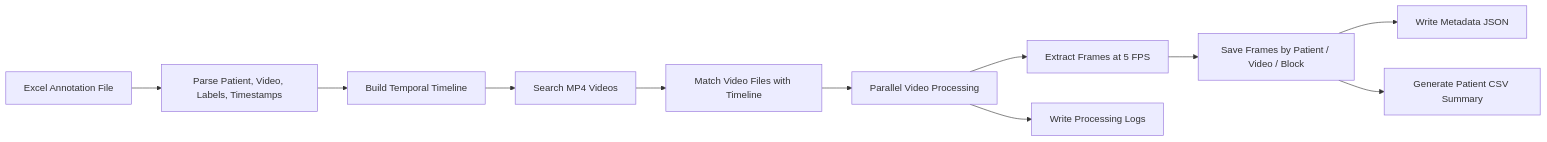
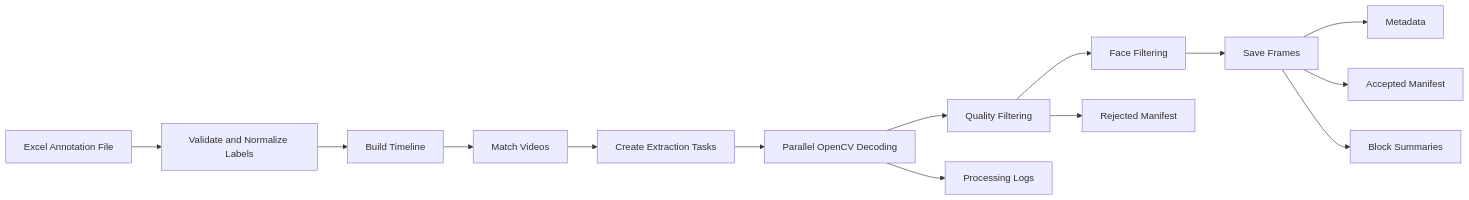
Before and after one commit to goapu/Temporal-Block-Based-Frame-Extraction-for-Endonasal-Videos: the diagram in README.md, drawn with Mermaid. The commit also changed other lines of this file, not shown here.

````diff
--- a/README.md
+++ b/README.md
@@ -198,13 +294,18 @@
 ```mermaid
 flowchart LR
-    A[Excel Annotation File] --> B[Parse Patient, Video, Labels, Timestamps]
-    B --> C[Build Temporal Timeline]
-    C --> D[Search MP4 Videos]
-    D --> E[Match Video Files with Timeline]
-    E --> F[Parallel Video Processing]
-    F --> G[Extract Frames at 5 FPS]
-    G --> H[Save Frames by Patient / Video / Block]
-    H --> I[Write Metadata JSON]
-    H --> J[Generate Patient CSV Summary]
-    F --> K[Write Processing Logs]
+    A[Excel Annotation File]
+    A --> B[Validate and Normalize Labels]
+    B --> C[Build Timeline]
+    C --> D[Match Videos]
+    D --> E[Create Extraction Tasks]
+    E --> F[Parallel OpenCV Decoding]
+    F --> G[Quality Filtering]
+    G --> H[Face Filtering]
+    H --> I[Save Frames]
+    I --> J[Metadata]
+    I --> K[Accepted Manifest]
+    G --> L[Rejected Manifest]
+    I --> M[Block Summaries]
+    F --> N[Processing Logs]
+
 ```
````
